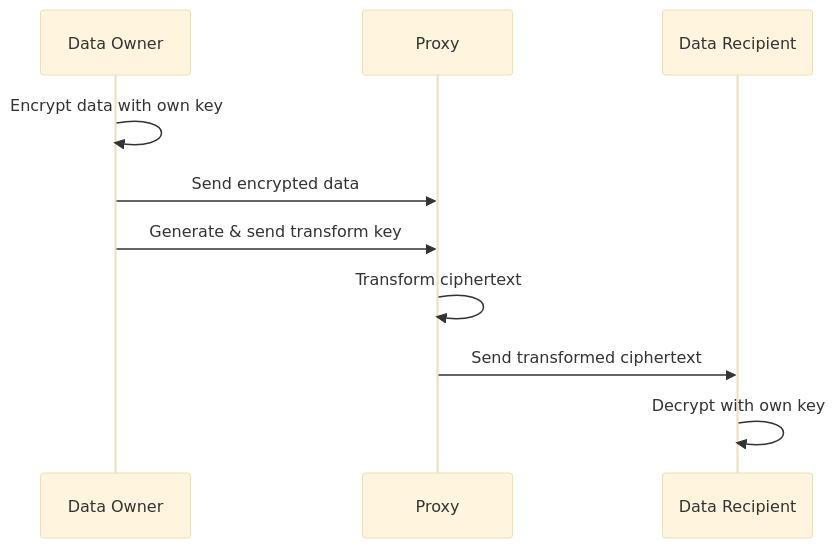
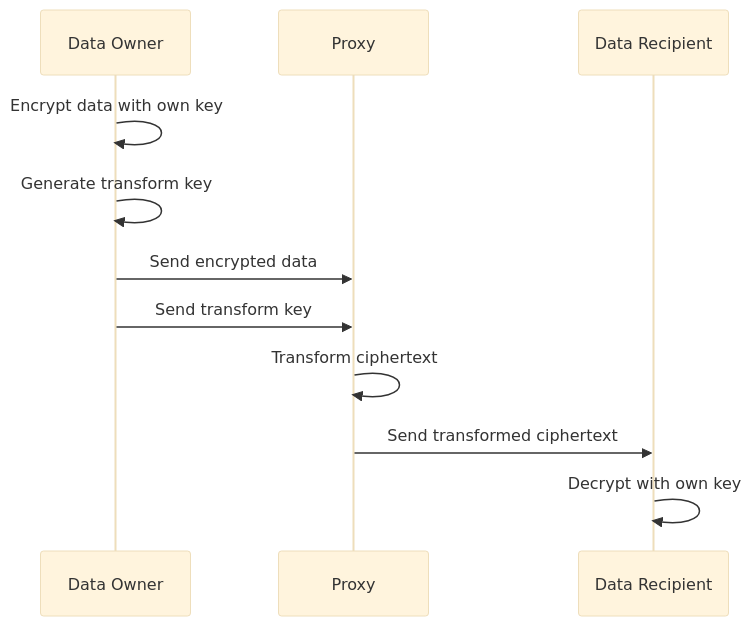
The first of 3 diagrams in compute/marketplace/pre/overview.mdx (blockjain/docs), drawn with Mermaid (base theme) before and after one commit. The commit also changed 1 other file, not shown here.

Commit message:
feat(pre): updated overview and api reference

````diff
--- a/compute/marketplace/pre/overview.mdx
+++ b/compute/marketplace/pre/overview.mdx
@@ -11,13 +11,14 @@
 ```mermaid
 sequenceDiagram
     participant A as Data Owner
     participant P as Proxy
     participant B as Data Recipient
 
     A->>A: Encrypt data with own key
+    A->>A: Generate transform key
     A->>P: Send encrypted data
-    A->>P: Generate & send transform key
+    A->>P: Send transform key
     P->>P: Transform ciphertext
     P->>B: Send transformed ciphertext
     B->>B: Decrypt with own key
 ```
````
